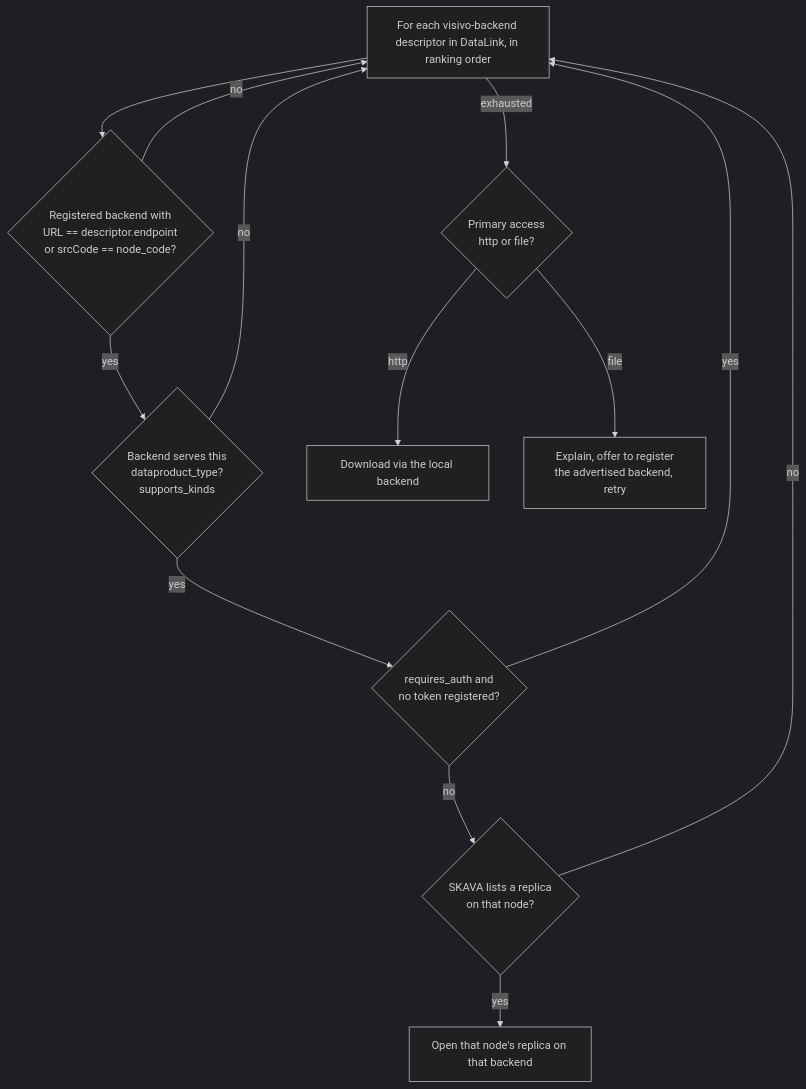
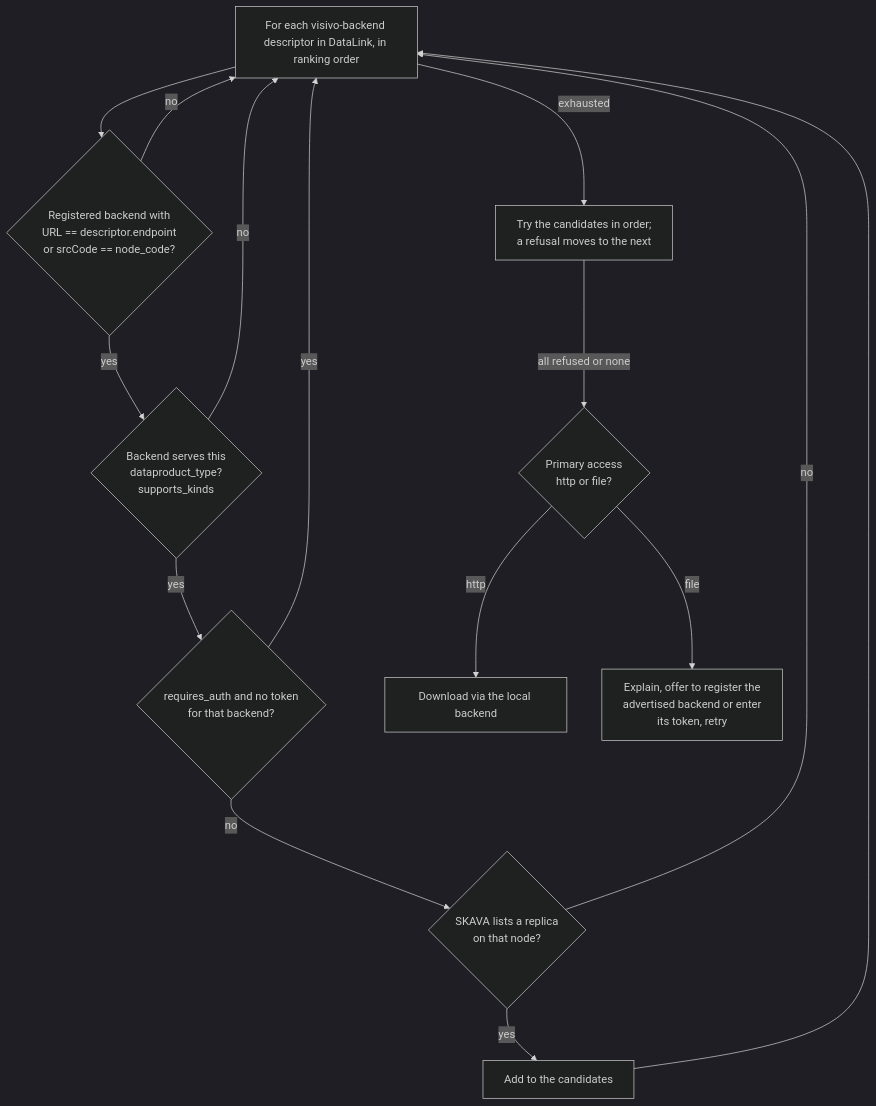
One commit to VisIVOLab/SKAVA changed the diagram in docs/client-integration/backend-routing.md. Above: the diagram before and after it, drawn with Mermaid (dark theme). The commit also changed other lines of this file and 95 other files, not shown here.

````diff
--- a/docs/client-integration/backend-routing.md
+++ b/docs/client-integration/backend-routing.md
@@ -35,16 +43,18 @@
 ```{mermaid}
 flowchart TD
     A[For each visivo-backend descriptor in DataLink, in ranking order]
     A --> B{Registered backend with<br/>URL == descriptor.endpoint<br/>or srcCode == node_code?}
     B -- no --> A
     B -- yes --> K{Backend serves this<br/>dataproduct_type?<br/>supports_kinds}
     K -- no --> A
-    K -- yes --> T{requires_auth and<br/>no token registered?}
+    K -- yes --> T{requires_auth and no token<br/>for that backend?}
     T -- yes --> A
     T -- no --> R{SKAVA lists a replica<br/>on that node?}
     R -- no --> A
-    R -- yes --> S[Open that node's replica on that backend]
-    A -- exhausted --> F{Primary access<br/>http or file?}
+    R -- yes --> S[Add to the candidates]
+    S --> A
+    A -- exhausted --> O[Try the candidates in order;<br/>a refusal moves to the next]
+    O -- all refused or none --> F{Primary access<br/>http or file?}
     F -- http --> D[Download via the local backend]
-    F -- file --> P[Explain, offer to register<br/>the advertised backend, retry]
+    F -- file --> P[Explain, offer to register the<br/>advertised backend or enter<br/>its token, retry]
 ```
````
